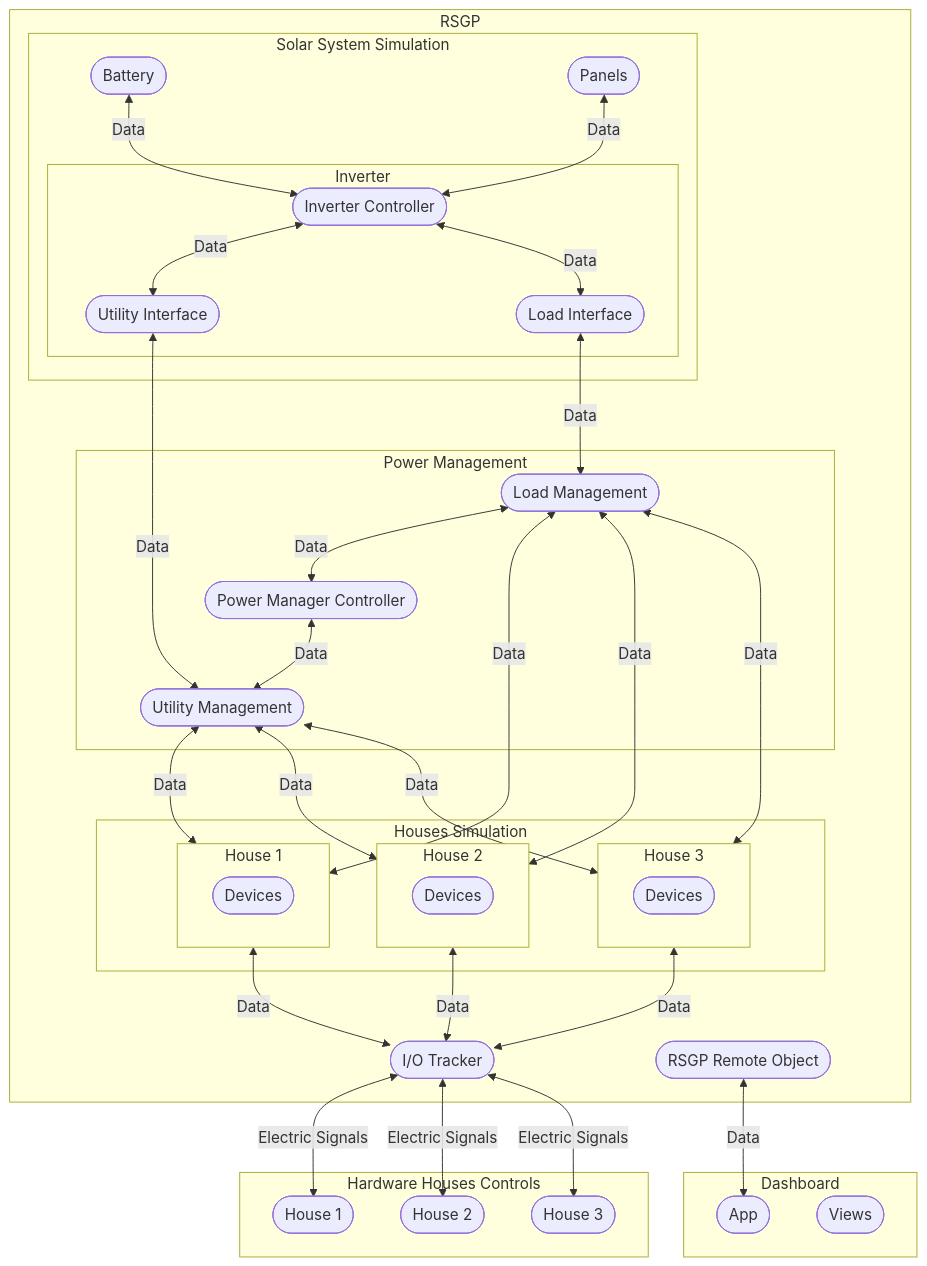
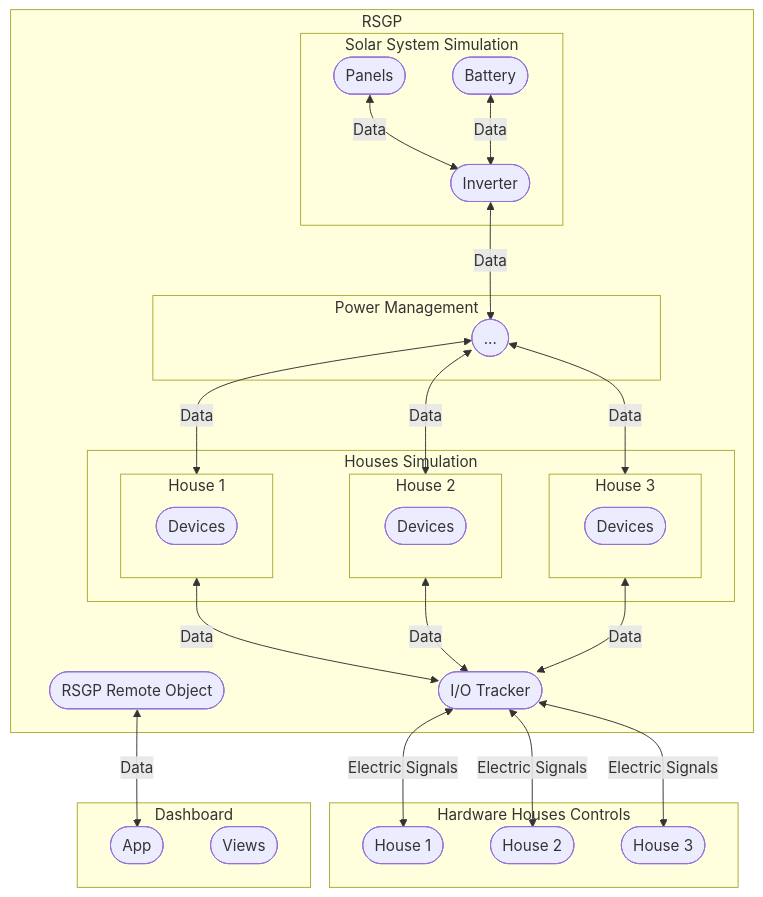
One commit to ezAldinWaez/residential-smart-grid-prototype changed the second of 2 diagrams in README.md. Above: the diagram before and after it, drawn with Mermaid. The commit also changed other lines of this file and 13 other files, not shown here.

Commit message:
refactor: optimize houses sim and solar system sim data and attributes structure; specify csv logging; edit rsgp logs visualizer notebook

````diff
--- a/README.md
+++ b/README.md
@@ -59,51 +59,43 @@
 ```mermaid
 graph TB
 
   subgraph HHC[Hardware Houses Controls]
     HHC_H1([House 1])
     HHC_H2([House 2])
     HHC_H3([House 3])
   end
 
   subgraph RSGP[RSGP]
     subgraph RSGP_SSS[Solar System Simulation]
-      subgraph  RSGP_SSS_I[Inverter]
-        RSGP_SSS_I_IC([Inverter Controller])
-        RSGP_SSS_I_UI([Utility Interface])
-        RSGP_SSS_I_LI([Load Interface])
-      end
+      RSGP_SSS_I([Inverter])
       RSGP_SSS_B([Battery])
       RSGP_SSS_P([Panels])
     end
     subgraph RSGP_PM[Power Management]
-      RSGP_PM_LM([Load Management])
-      RSGP_PM_UM([Utility Management])
-      RSGP_PM_C([Power Manager Controller])
+      RSGP_PM_([...])
     end
     subgraph RSGP_HS[Houses Simulation]
       subgraph RSGP_HS_H1[House 1]
         RSGP_HS_H1_D([Devices])
       end
       subgraph RSGP_HS_H2[House 2]
         RSGP_HS_H2_D([Devices])
       end
       subgraph RSGP_HS_H3[House 3]
         RSGP_HS_H3_D([Devices])
       end
     end
     RSGP_IOT([I/O Tracker])
     RSGP_RO([RSGP Remote Object])
   end
 
   subgraph D[Dashboard]
     D_A([App])
     D_V([Views])
   end
 
-  RSGP_SSS_P & RSGP_SSS_B <--Data--> RSGP_SSS_I_IC <--Data--> RSGP_SSS_I_UI & RSGP_SSS_I_LI
-  RSGP_PM_LM <--Data--> RSGP_PM_C <--Data--> RSGP_PM_UM
-  RSGP_SSS_I_UI <--Data--> RSGP_PM_UM <--Data--> RSGP_HS_H1 & RSGP_HS_H2 & RSGP_HS_H3
-  RSGP_SSS_I_LI <--Data--> RSGP_PM_LM <--Data--> RSGP_HS_H1 & RSGP_HS_H2 & RSGP_HS_H3
+  RSGP_SSS_P & RSGP_SSS_B <--Data--> RSGP_SSS_I
+  RSGP_SSS_I <--Data--> RSGP_PM_ <--Data--> RSGP_HS_H1 & RSGP_HS_H2 & RSGP_HS_H3
   RSGP_HS_H1 & RSGP_HS_H2 & RSGP_HS_H3 <--Data--> RSGP_IOT <--Electric Signals--> HHC_H1 & HHC_H2 & HHC_H3
   RSGP_RO <--Data--> D_A
 ```
````
